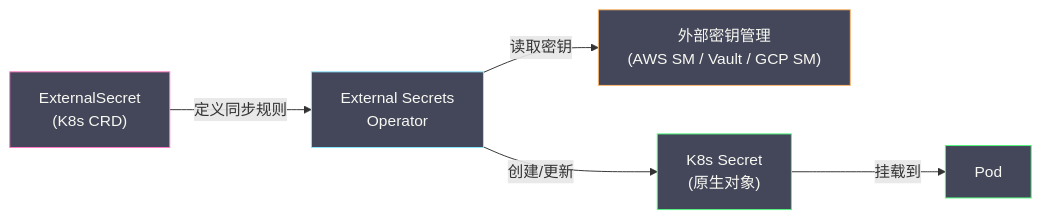
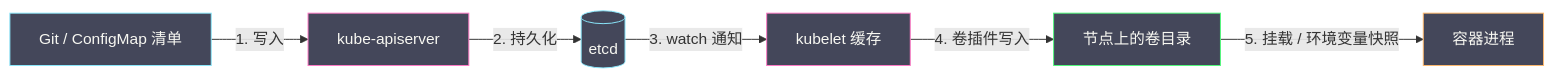
The first of 6 diagrams in content/云原生/Kubernetes/kubernetes生产实践与集群管理/02 配置管理——ConfigMap Secret 与外部密钥.md (hpliStartAgain/my-brain), drawn with Mermaid before and after one commit. The commit also changed other lines of this file and 259 other files, not shown here.

````diff
--- a/content/云原生/Kubernetes/kubernetes生产实践与集群管理/02 配置管理——ConfigMap Secret 与外部密钥.md
+++ b/content/云原生/Kubernetes/kubernetes生产实践与集群管理/02 配置管理——ConfigMap Secret 与外部密钥.md
@@ -379,18 +31,19 @@
 ```mermaid
 %%{init: {'theme': 'dracula'}}%%
 graph LR
-    ES["ExternalSecret</br>(K8s CRD)"] -->|"定义同步规则"| ESO["External Secrets</br>Operator"]
-    ESO -->|"读取密钥"| EXT["外部密钥管理</br>(AWS SM / Vault / GCP SM)"]
-    ESO -->|"创建/更新"| SEC["K8s Secret</br>(原生对象)"]
-    SEC -->|"挂载到"| POD["Pod"]
+    G["Git / ConfigMap 清单"] -->|"1. 写入"| A["kube-apiserver"]
+    A -->|"2. 持久化"| E[("etcd")]
+    E -->|"3. watch 通知"| K["kubelet 缓存"]
+    K -->|"4. 卷插件写入"| V["节点上的卷目录"]
+    V -->|"5. 挂载 / 环境变量快照"| C["容器进程"]
 
-    classDef crd fill:#44475a,stroke:#ff79c6,color:#f8f8f2
-    classDef op fill:#44475a,stroke:#8be9fd,color:#f8f8f2
-    classDef ext fill:#44475a,stroke:#ffb86c,color:#f8f8f2
-    classDef res fill:#44475a,stroke:#50fa7b,color:#f8f8f2
+    classDef store fill:#44475a,stroke:#8be9fd,color:#f8f8f2
+    classDef ctl fill:#44475a,stroke:#ff79c6,color:#f8f8f2
+    classDef node fill:#44475a,stroke:#50fa7b,color:#f8f8f2
+    classDef app fill:#44475a,stroke:#ffb86c,color:#f8f8f2
 
-    class ES crd
-    class ESO op
-    class EXT ext
-    class SEC,POD res
+    class G,E store
+    class A,K ctl
+    class V node
+    class C app
 ```
````
